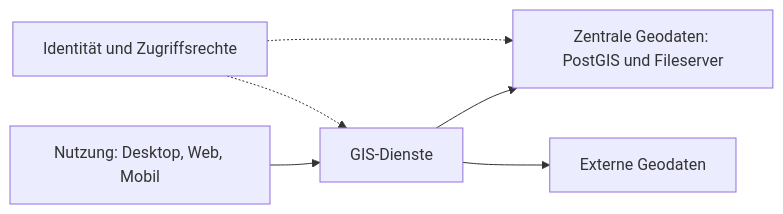
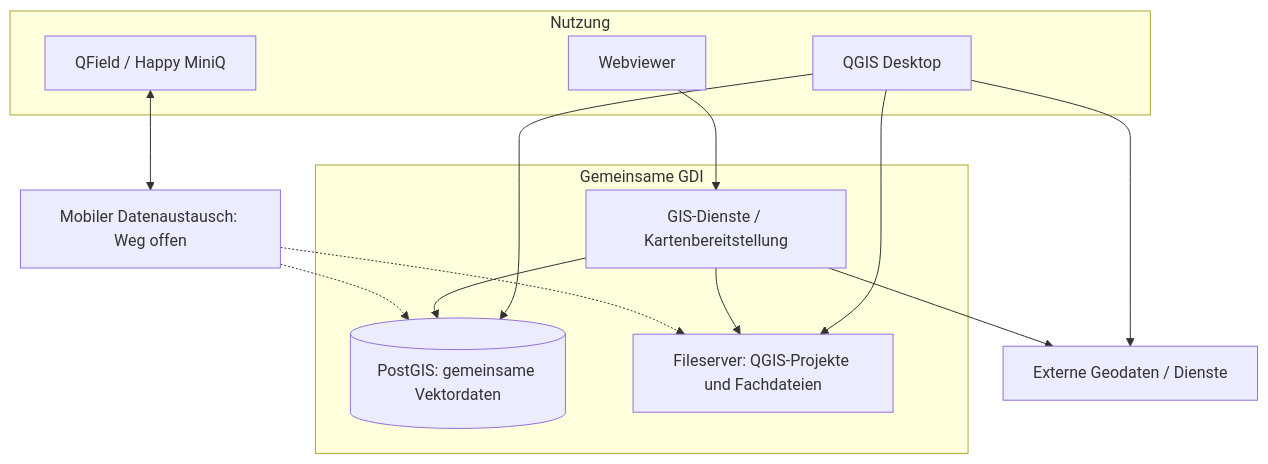
One commit to JoergHippe/VIC-GDI changed the diagram in docs/ARCHITEKTUR.md. Above: the diagram before and after it, drawn with Mermaid. The commit also changed other lines of this file, not shown here.

Commit message:
docs: Architekturübersicht ausgewogen nach Nutzung und Datenflüssen differenzieren

````diff
--- a/docs/ARCHITEKTUR.md
+++ b/docs/ARCHITEKTUR.md
@@ -18,13 +18,25 @@
 ```mermaid
-flowchart LR
-  Users["Nutzung: Desktop, Web, Mobil"]
-  Services["GIS-Dienste"]
-  Data["Zentrale Geodaten: PostGIS und Fileserver"]
-  External["Externe Geodaten"]
-  Rules["Identität und Zugriffsrechte"]
-  Users --> Services
-  Services --> Data
-  Services --> External
-  Rules -.-> Services
-  Rules -.-> Data
+flowchart TB
+  subgraph Nutzung["Nutzung"]
+    Desktop["QGIS Desktop"]
+    Web["Webviewer"]
+    Mobile["QField / Happy MiniQ"]
+  end
+  subgraph Plattform["Gemeinsame GDI"]
+    Map["GIS-Dienste / Kartenbereitstellung"]
+    Data[("PostGIS: gemeinsame Vektordaten")]
+    Files["Fileserver: QGIS-Projekte und Fachdateien"]
+  end
+  External["Externe Geodaten / Dienste"]
+  MobileSync["Mobiler Datenaustausch: Weg offen"]
+  Desktop --> Data
+  Desktop --> Files
+  Desktop --> External
+  Web --> Map
+  Map --> Data
+  Map --> Files
+  Map --> External
+  Mobile <--> MobileSync
+  MobileSync -.-> Data
+  MobileSync -.-> Files
 ```
````
